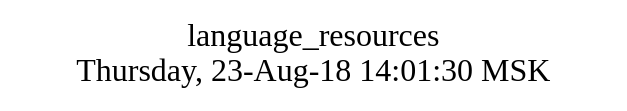
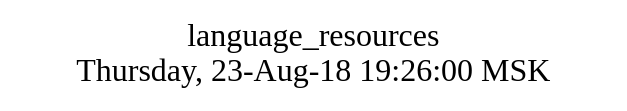
The diagram in src/language_resources/struct.dot (AlexZeDim/apps), drawn with Graphviz before and after one commit. The commit also changed 37 other files, not shown here.

```diff
--- a/src/language_resources/struct.dot
+++ b/src/language_resources/struct.dot
@@ -1,10 +1,10 @@
 digraph G {
 graph [
   fontsize="24";
-  label="language_resources\nThursday, 23-Aug-18 14:01:30 MSK";
+  label="language_resources\nThursday, 23-Aug-18 19:26:00 MSK";
   nojustify=true;
   ordering=out;
   rankdir=LR;
   size="30";
 ];
 }
```
